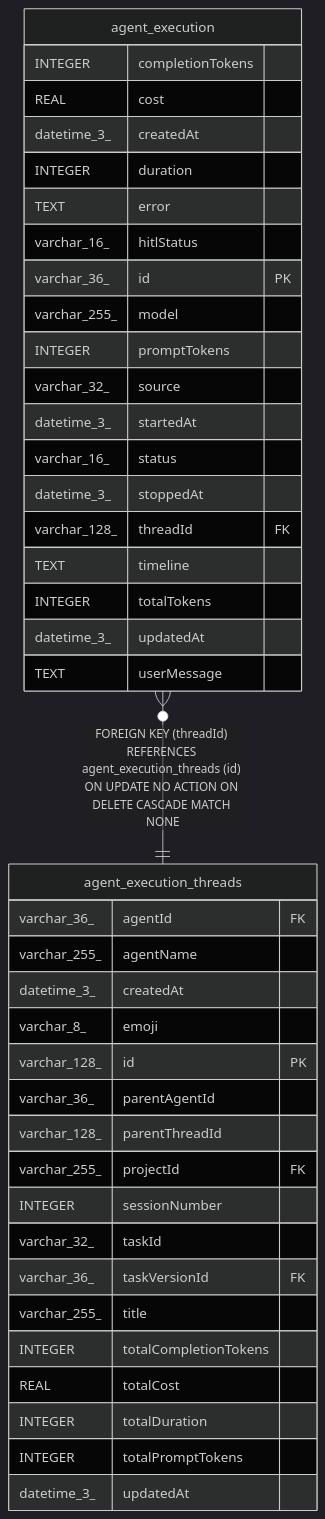
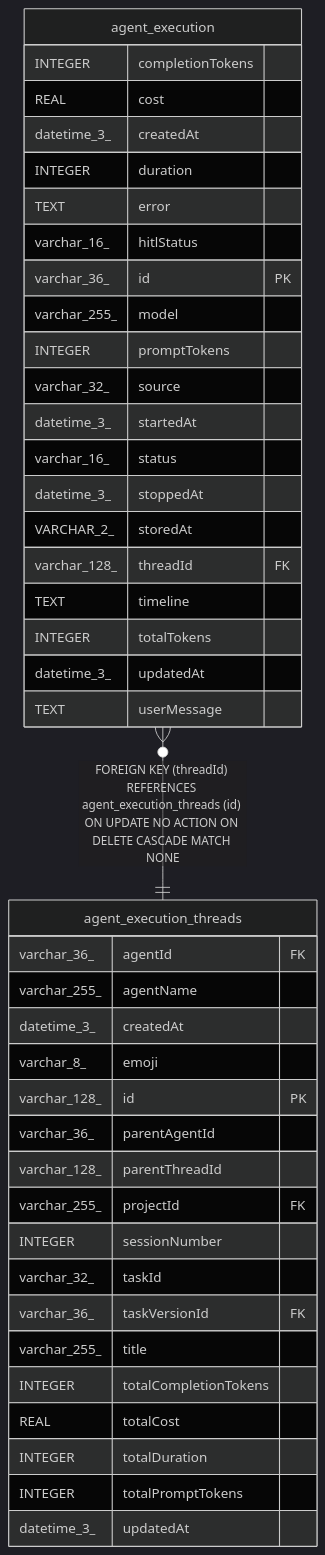
Before and after one commit to ggrace519/n8n: the diagram in docs/generated/sqlite-schema/agent_execution.md, drawn with Mermaid (dark theme). The commit also changed other lines of this file and 8 other files, not shown here.

````diff
--- a/docs/generated/sqlite-schema/agent_execution.md
+++ b/docs/generated/sqlite-schema/agent_execution.md
@@ -56,45 +58,46 @@
 ```mermaid
 erDiagram
 
 "agent_execution" }o--|| "agent_execution_threads" : "FOREIGN KEY (threadId) REFERENCES agent_execution_threads (id) ON UPDATE NO ACTION ON DELETE CASCADE MATCH NONE"
 
 "agent_execution" {
   INTEGER completionTokens
   REAL cost
   datetime_3_ createdAt
   INTEGER duration
   TEXT error
   varchar_16_ hitlStatus
   varchar_36_ id PK
   varchar_255_ model
   INTEGER promptTokens
   varchar_32_ source
   datetime_3_ startedAt
   varchar_16_ status
   datetime_3_ stoppedAt
+  VARCHAR_2_ storedAt
   varchar_128_ threadId FK
   TEXT timeline
   INTEGER totalTokens
   datetime_3_ updatedAt
   TEXT userMessage
 }
 "agent_execution_threads" {
   varchar_36_ agentId FK
   varchar_255_ agentName
   datetime_3_ createdAt
   varchar_8_ emoji
   varchar_128_ id PK
   varchar_36_ parentAgentId
   varchar_128_ parentThreadId
   varchar_255_ projectId FK
   INTEGER sessionNumber
   varchar_32_ taskId
   varchar_36_ taskVersionId FK
   varchar_255_ title
   INTEGER totalCompletionTokens
   REAL totalCost
   INTEGER totalDuration
   INTEGER totalPromptTokens
   datetime_3_ updatedAt
 }
 ```
````
